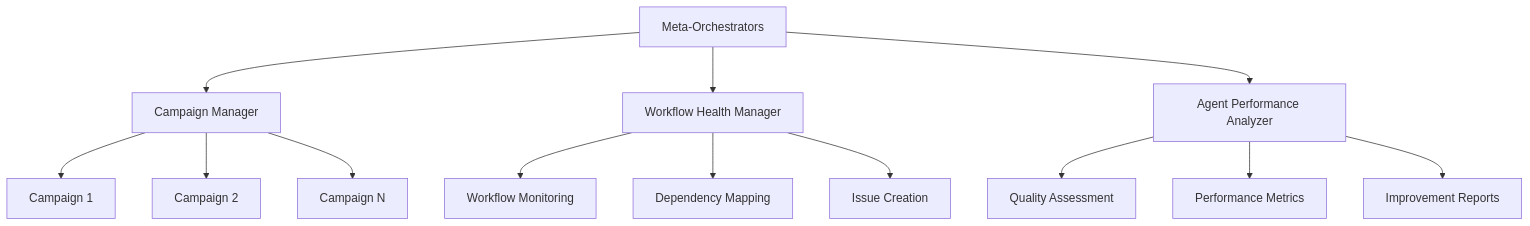
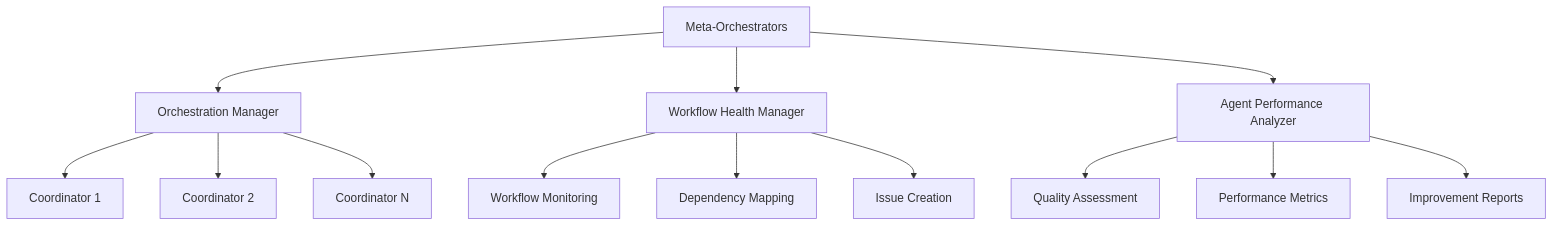
Before and after one commit to github/gh-aw: the tenth of 10 diagrams in .github/agents/developer.instructions.md, drawn with Mermaid. The commit also changed other lines of this file and 18 other files, not shown here.

````diff
--- a/.github/agents/developer.instructions.md
+++ b/.github/agents/developer.instructions.md
@@ -556,18 +556,18 @@
 ```mermaid
 graph TD
-    A[Meta-Orchestrators] --> B[Campaign Manager]
+  A[Meta-Orchestrators] --> B[Orchestration Manager]
     A --> C[Workflow Health Manager]
     A --> D[Agent Performance Analyzer]
 
-    B --> E[Campaign 1]
-    B --> F[Campaign 2]
-    B --> G[Campaign N]
+  B --> E[Coordinator 1]
+  B --> F[Coordinator 2]
+  B --> G[Coordinator N]
 
     C --> H[Workflow Monitoring]
     C --> I[Dependency Mapping]
     C --> J[Issue Creation]
 
     D --> K[Quality Assessment]
     D --> L[Performance Metrics]
     D --> M[Improvement Reports]
 ```
````
